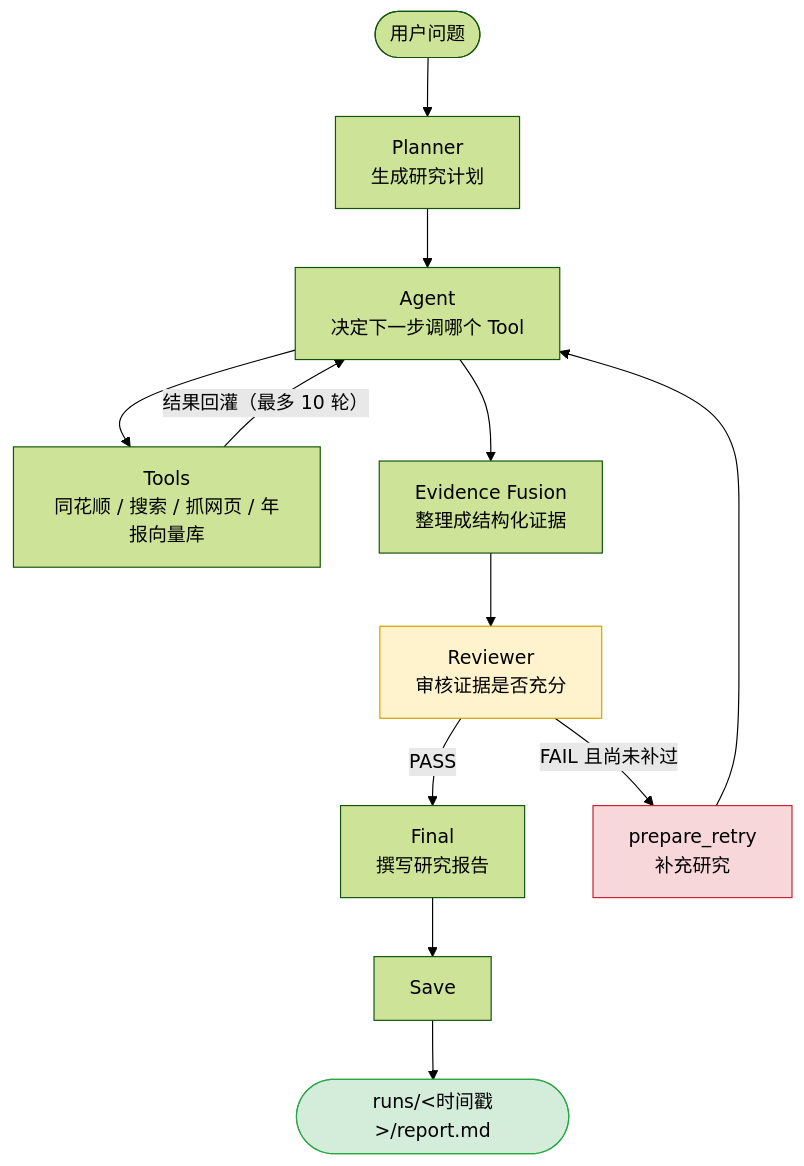
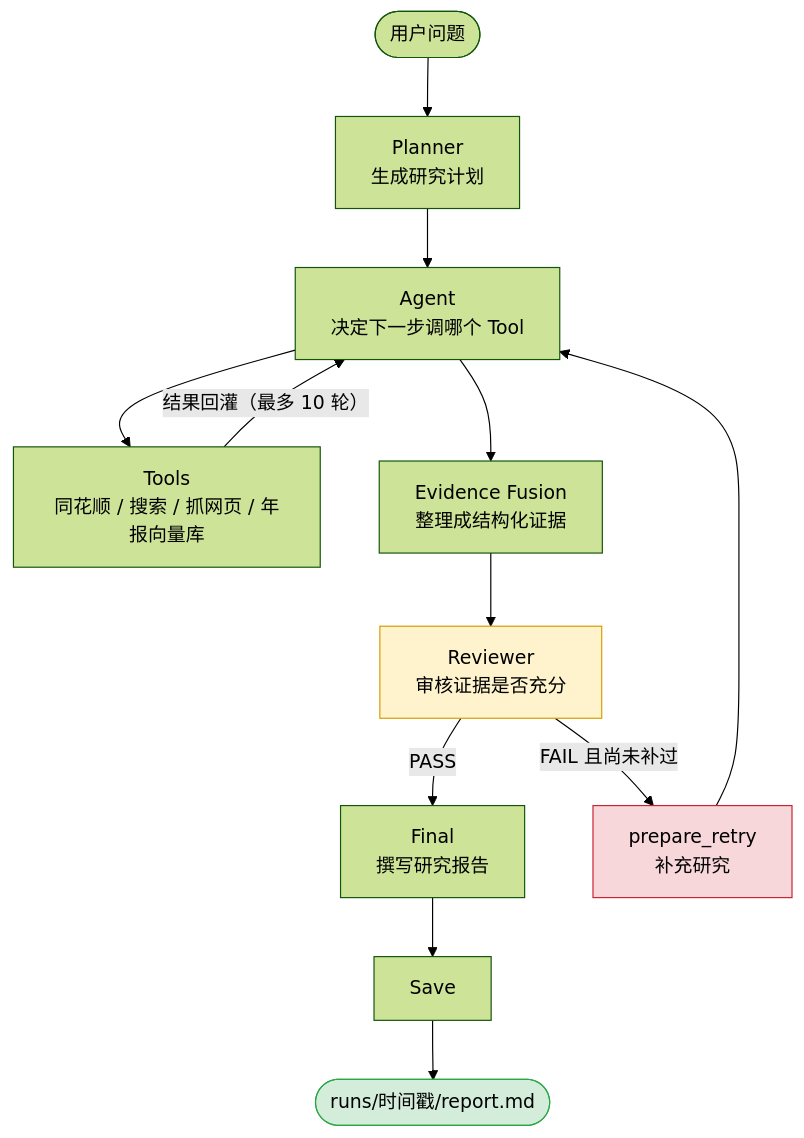
The diagram in README.md (Wcrane-hhy/Finreserch_Ai_agent), drawn with Mermaid (forest theme) before and after one commit.

Commit message:
docs: 修 mermaid 节点里的尖括号，避免 GitHub 渲染失败

````diff
--- a/README.md
+++ b/README.md
@@ -164,18 +164,18 @@
 ```mermaid
 flowchart TD
     Q([用户问题]) --> P["Planner<br/>生成研究计划"]
     P --> A["Agent<br/>决定下一步调哪个 Tool"]
     A --> T["Tools<br/>同花顺 / 搜索 / 抓网页 / 年报向量库"]
     T -->|"结果回灌（最多 10 轮）"| A
     A --> E["Evidence Fusion<br/>整理成结构化证据"]
     E --> R["Reviewer<br/>审核证据是否充分"]
     R -->|PASS| F["Final<br/>撰写研究报告"]
     R -->|"FAIL 且尚未补过"| PR["prepare_retry<br/>补充研究"]
     PR --> A
     F --> S["Save"]
-    S --> OUT([runs/&lt;时间戳&gt;/report.md])
+    S --> OUT(["runs/时间戳/report.md"])
 
     style R fill:#fff3cd,stroke:#d39e00
     style PR fill:#f8d7da,stroke:#c82333
     style OUT fill:#d4edda,stroke:#28a745
 ```
````
